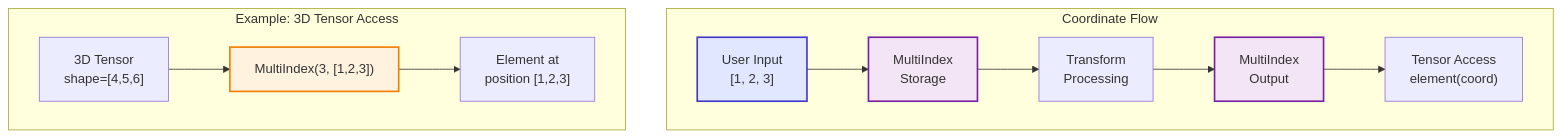
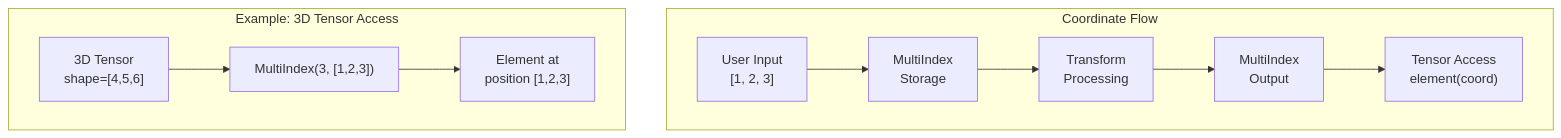
The second of 2 diagrams in projects/composablekernel/docs/conceptual/ck_tile/tensor_coordinates.rst (hdt98/rocm-libraries), drawn with Mermaid before and after one commit. The commit also changed other lines of this file and 21 other files, not shown here.

First line of the commit message:
[ck] Updated CK Tile documentation to use mermaid diagrams (#7955)

```diff
--- a/projects/composablekernel/docs/conceptual/ck_tile/tensor_coordinates.rst
+++ b/projects/composablekernel/docs/conceptual/ck_tile/tensor_coordinates.rst
@@ -182,21 +161,16 @@
-   .. mermaid::
-   
-      flowchart TB
-          subgraph CF ["Coordinate Flow"]
-              direction LR
-              UI["User Input<br/>[1, 2, 3]"] --> MI["MultiIndex<br/>Storage"]
-              MI --> TR["Transform<br/>Processing"]
-              TR --> MO["MultiIndex<br/>Output"]
-              MO --> TA["Tensor Access<br/>element(coord)"]
-          end
-      
-          subgraph EX ["Example: 3D Tensor Access"]
-              direction LR
-              T3D["3D Tensor<br/>shape=[4,5,6]"] --> COORD["MultiIndex(3, [1,2,3])"]
-              COORD --> ELEM["Element at<br/>position [1,2,3]"]
-          end
-      
-          style UI fill:#e0e7ff,stroke:#4338ca,stroke-width:2px
-          style MI fill:#f3e5f5,stroke:#7b1fa2,stroke-width:2px
-          style MO fill:#f3e5f5,stroke:#7b1fa2,stroke-width:2px
-          style COORD fill:#fff3e0,stroke:#f57c00,stroke-width:2px
+.. mermaid::
+
+   flowchart TB
+       subgraph CF ["Coordinate Flow"]
+           direction LR
+           UI["User Input<br/>[1, 2, 3]"] --> MI["MultiIndex<br/>Storage"]
+           MI --> TR["Transform<br/>Processing"]
+           TR --> MO["MultiIndex<br/>Output"]
+           MO --> TA["Tensor Access<br/>element(coord)"]
+       end
+
+       subgraph EX ["Example: 3D Tensor Access"]
+           direction LR
+           T3D["3D Tensor<br/>shape=[4,5,6]"] --> COORD["MultiIndex(3, [1,2,3])"]
+           COORD --> ELEM["Element at<br/>position [1,2,3]"]
+       end
```
